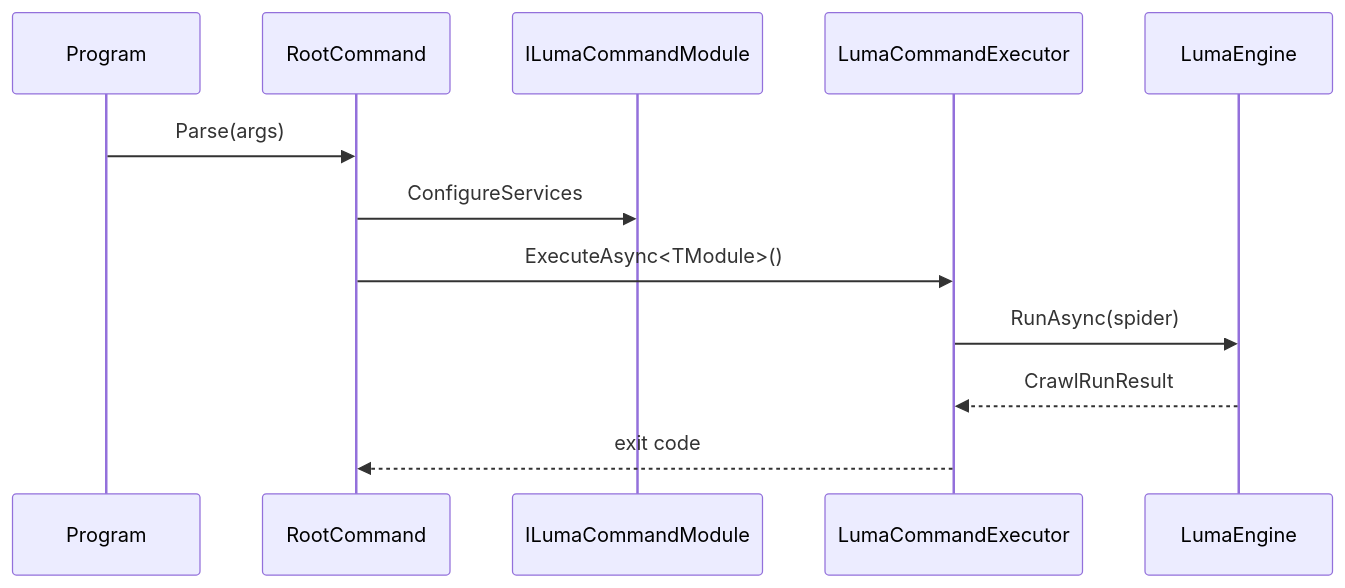
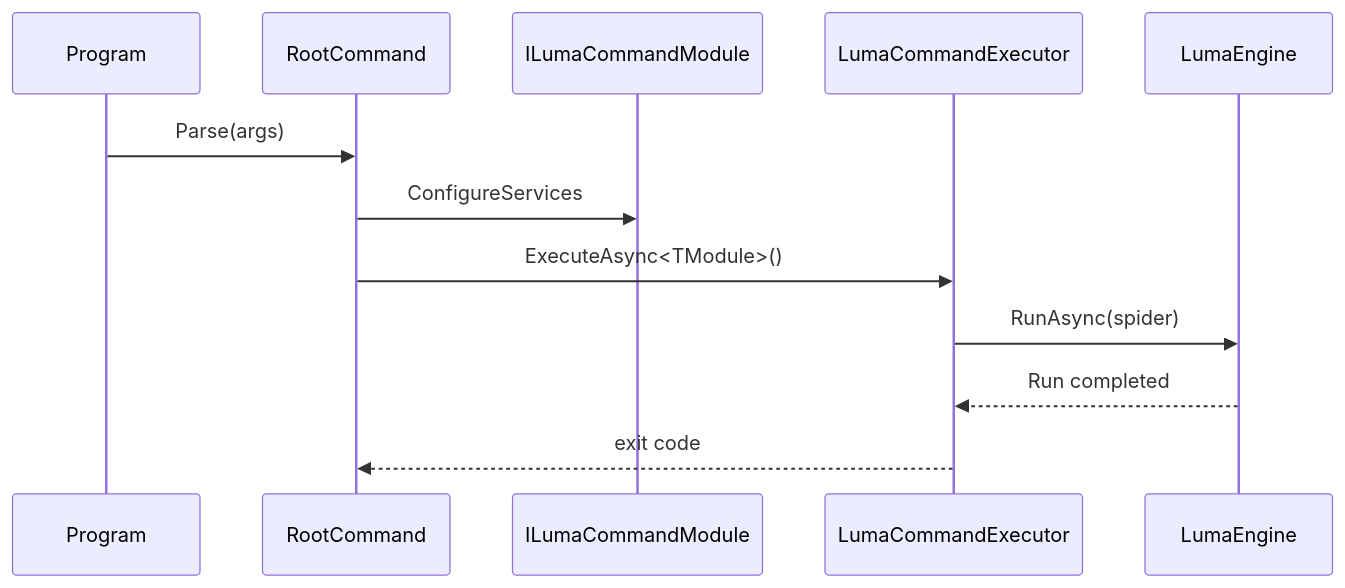
One commit to zeayii/luma changed the diagram in Zeayii.Luma.CommandLine/README.en.md. Above: the diagram before and after it, drawn with Mermaid. The commit also changed 70 other files, not shown here.

````diff
--- a/Zeayii.Luma.CommandLine/README.en.md
+++ b/Zeayii.Luma.CommandLine/README.en.md
@@ -15,15 +15,15 @@
 ```mermaid
 sequenceDiagram
     participant Program
     participant Root as RootCommand
     participant Module as ILumaCommandModule
     participant Executor as LumaCommandExecutor
     participant Engine as LumaEngine
 
     Program->>Root: Parse(args)
     Root->>Module: ConfigureServices
     Root->>Executor: ExecuteAsync<TModule>()
     Executor->>Engine: RunAsync(spider)
-    Engine-->>Executor: CrawlRunResult
+    Engine-->>Executor: Run completed
     Executor-->>Root: exit code
 ```
````
